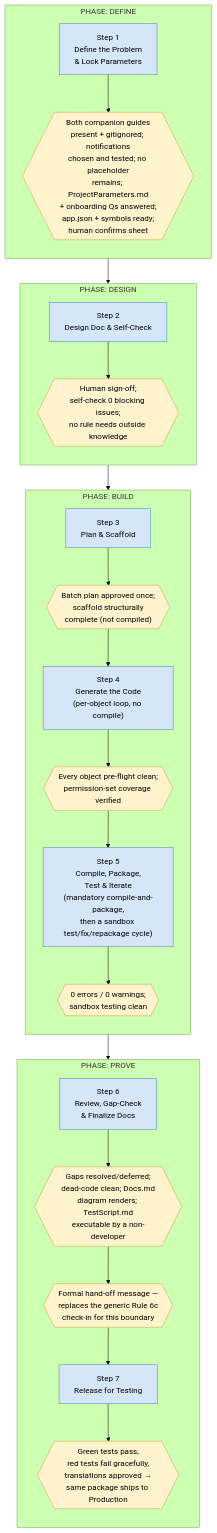
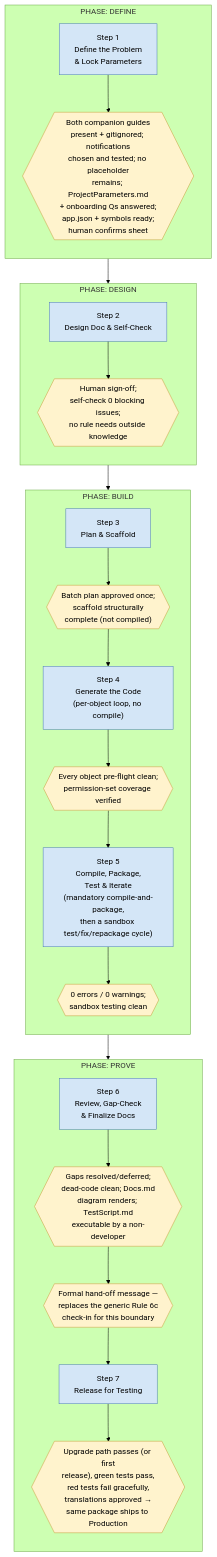
The second of 7 diagrams in liteVersion/LITE_RunbookSchematics.md (ajansari/ocpfBcAgenticDevFramework), drawn with Mermaid (forest theme) before and after one commit. The commit also changed other lines of this file and 12 other files, not shown here.

````diff
--- a/liteVersion/LITE_RunbookSchematics.md
+++ b/liteVersion/LITE_RunbookSchematics.md
@@ -71,38 +71,38 @@
 ```mermaid
 flowchart TD
     subgraph DEFINE["PHASE: DEFINE"]
         direction TB
         S1["Step 1<br/>Define the Problem<br/>& Lock Parameters"] --> G_S1{{"Both companion guides<br/>present + gitignored; notifications<br/>chosen and tested; no placeholder<br/>remains; ProjectParameters.md<br/>+ onboarding Qs answered;<br/>app.json + symbols ready;<br/>human confirms sheet"}}
     end
 
     subgraph DESIGN["PHASE: DESIGN"]
         direction TB
         S2["Step 2<br/>Design Doc & Self-Check"] --> G_S2{{"Human sign-off;<br/>self-check 0 blocking issues;<br/>no rule needs outside knowledge"}}
     end
 
     subgraph BUILD["PHASE: BUILD"]
         direction TB
         S3["Step 3<br/>Plan & Scaffold"] --> G_S3{{"Batch plan approved once;<br/>scaffold structurally<br/>complete (not compiled)"}}
         G_S3 --> S4["Step 4<br/>Generate the Code<br/>(per-object loop, no compile)"]
         S4 --> G_S4{{"Every object pre-flight clean;<br/>permission-set coverage verified"}}
         G_S4 --> S5["Step 5<br/>Compile, Package,<br/>Test & Iterate<br/>(mandatory compile-and-package,<br/>then a sandbox test/fix/repackage cycle)"]
         S5 --> G_S5{{"0 errors / 0 warnings;<br/>sandbox testing clean"}}
     end
 
     subgraph PROVE["PHASE: PROVE"]
         direction TB
         S6["Step 6<br/>Review, Gap-Check<br/>& Finalize Docs"] --> G_S6{{"Gaps resolved/deferred;<br/>dead-code clean; Docs.md<br/>diagram renders; TestScript.md<br/>executable by a non-developer"}}
         G_S6 --> HandOff{{"Formal hand-off message —<br/>replaces the generic Rule 6c<br/>check-in for this boundary"}}
         HandOff --> S7["Step 7<br/>Release for Testing"]
-        S7 --> G_S7{{"Green tests pass,<br/>red tests fail gracefully,<br/>translations approved →<br/>same package ships to Production"}}
+        S7 --> G_S7{{"Upgrade path passes (or first<br/>release), green tests pass,<br/>red tests fail gracefully,<br/>translations approved →<br/>same package ships to Production"}}
     end
 
     G_S1 --> S2
     G_S2 --> S3
     G_S5 --> S6
 
     classDef step fill:#d4e6f7,stroke:#4a7ab5,stroke-width:1px;
     classDef gate fill:#fff3cd,stroke:#c99a3a,stroke-width:1px;
     class S1,S2,S3,S4,S5,S6,S7 step;
     class G_S1,G_S2,G_S3,G_S4,G_S5,G_S6,G_S7,HandOff gate;
 ```
````
